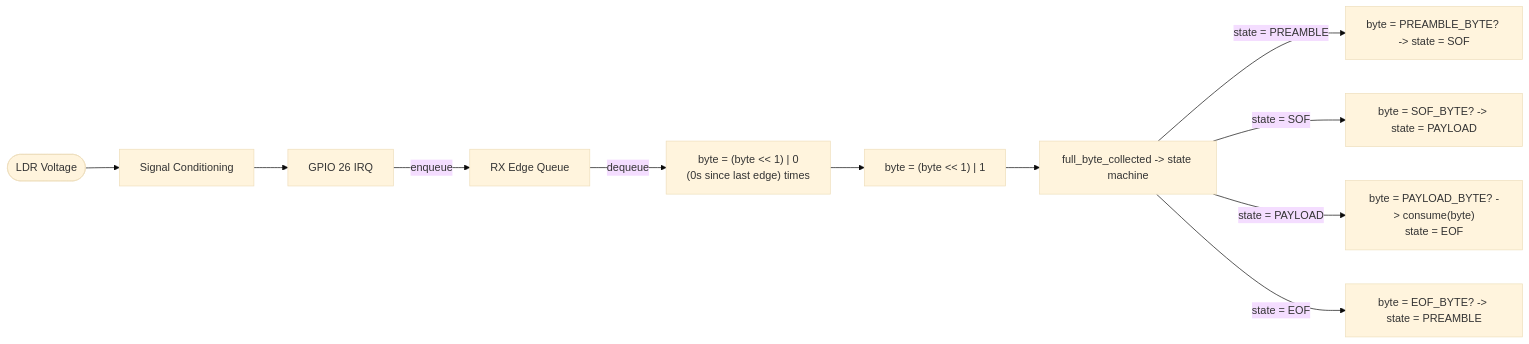
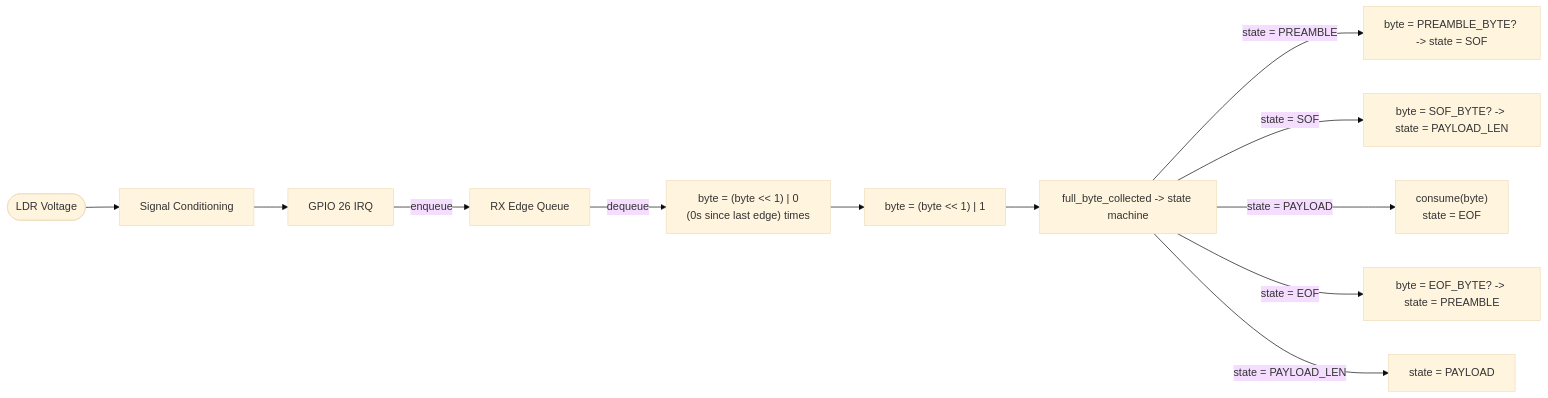
One commit to Yaremadzulynsky/laser_communication changed the second of 2 diagrams in README.md. Above: the diagram before and after it, drawn with Mermaid (base theme). The commit also changed other lines of this file, not shown here.

````diff
--- a/README.md
+++ b/README.md
@@ -111,13 +112,15 @@
 ```mermaid
 flowchart LR
     n1(["LDR Voltage"]) --> n2["Signal Conditioning"]
     n2 --> n4["GPIO 26 IRQ"]
     n4 -- enqueue --> n3["RX Edge Queue"]
     n3 -- dequeue --> n5["byte = (byte << 1) | 0<br>(0s since last edge) times"]
     n5 --> n6["byte = (byte << 1) | 1"]
     n6 --> n7["full_byte_collected -> state machine"]
     n7 -- "state = PREAMBLE" --> n8["byte = PREAMBLE_BYTE? -> state = SOF"]
-    n7 -- "state = SOF" --> n9["byte = SOF_BYTE? -> state = PAYLOAD"]
-    n7 -- "state = PAYLOAD" --> n10["byte = PAYLOAD_BYTE? -> consume(byte)<br>state = EOF"]
+    n7 -- "state = SOF" --> n9["byte = SOF_BYTE? -> state = PAYLOAD_LEN"]
+    
+    n7 -- "state = PAYLOAD" --> n10["consume(byte)<br>state = EOF"]
     n7 -- "state = EOF" --> n11["byte = EOF_BYTE? -> state = PREAMBLE"]
+    n7 -- "state = PAYLOAD_LEN" --> n12["state = PAYLOAD"]
 ```
````
